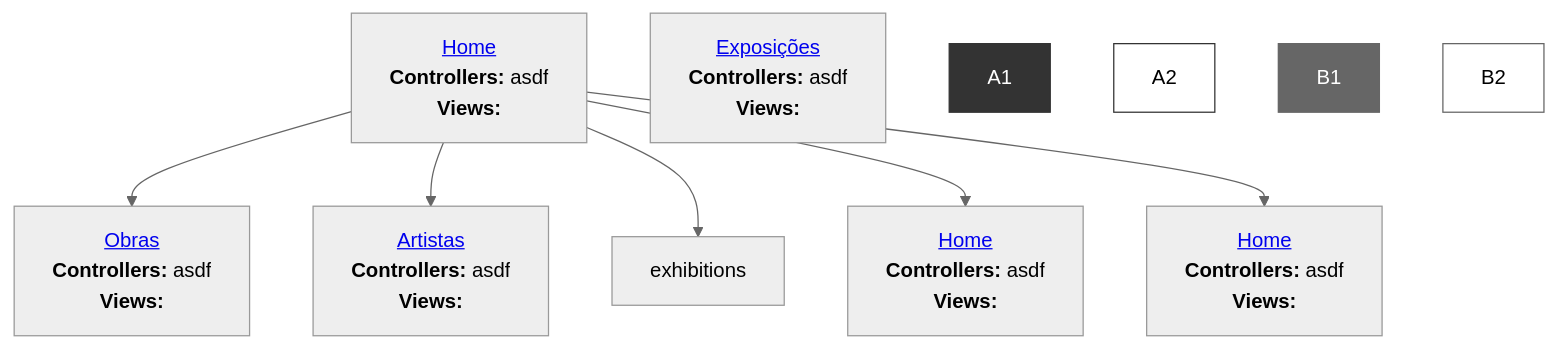
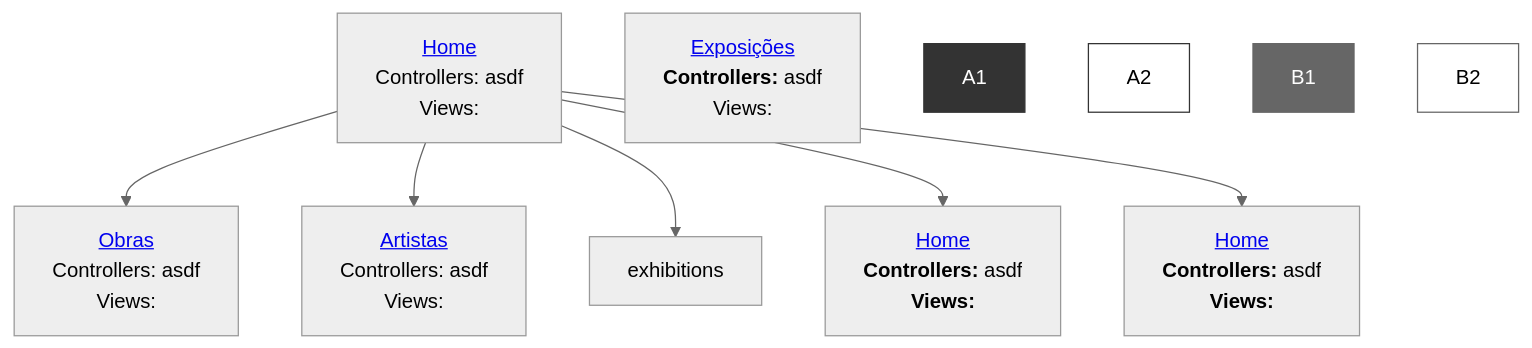
The first of 2 diagrams in README.md (reynaldocv/macusp), drawn with Mermaid (neutral theme) before and after one commit.

````diff
--- a/README.md
+++ b/README.md
@@ -245,23 +245,23 @@
 ```mermaid
 graph TD
     %% Parte superior e inferior del primer puesto
-    home["<a href='http://143.107.130.173/admacervo/macusp/index.php'> Home </a> <br> <strong> Controllers: </strong> asdf <br> <strong> Views: </strong>"]
-    works["<a href='http://143.107.130.173/admacervo/macusp/index.php/Intro/works'>Obras</a> <br> <strong> Controllers: </strong> asdf <br> <strong> Views: </strong>"]
-    artists["<a href='http://143.107.130.173/admacervo/macusp/index.php/Intro/works'>Artistas</a> <br> <strong> Controllers: </strong> asdf <br> <strong> Views: </strong>"]
-    exposições["<a href='http://143.107.130.173/admacervo/macusp/index.php/Intro/works'>Exposições</a> <br> <strong> Controllers: </strong> asdf <br> <strong> Views: </strong>"]
-    buscaGeral["<a href='https://link.com'>Home</a> <br> <strong> Controllers: </strong> asdf <br> <strong> Views: </strong>"]
+    home["        <a href='http://143.107.130.173/admacervo/macusp/index.php'> Home </a>                 <br> Controllers: asdf <br> Views: "]
+    works["       <a href='http://143.107.130.173/admacervo/macusp/index.php/Intro/works'>Obras</a>      <br> Controllers: asdf <br> Views: "]
+    artists["     <a href='http://143.107.130.173/admacervo/macusp/index.php/Intro/artists'>Artistas</a>   <br> Controllers: asdf <br> Views:"]
+    exposições["  <a href='http://143.107.130.173/admacervo/macusp/index.php/Intro/exhibitions'>Exposições</a> <br> <strong> Controllers: </strong> asdf <br> Views:"]
+    buscaGeral["  <a href='https://link.com'>Home</a> <br> <strong> Controllers: </strong> asdf <br> <strong> Views: </strong>"]
     busca["<a href='https://link.com'>Home</a> <br> <strong> Controllers: </strong> asdf <br> <strong> Views: </strong>"]
     
     %% Conexión del organigrama (une la parte inferior de uno con la superior del otro)
     home --> works
     home --> artists
     home --> exhibitions
     home --> busca
     home --> buscaGeral
 
     %% Estilos para que parezcan una sola pieza
     style A1 fill:#333,stroke:#333,color:#fff
     style A2 fill:#fff,stroke:#333
     style B1 fill:#666,stroke:#666,color:#fff
     style B2 fill:#fff,stroke:#666
 ```
````
